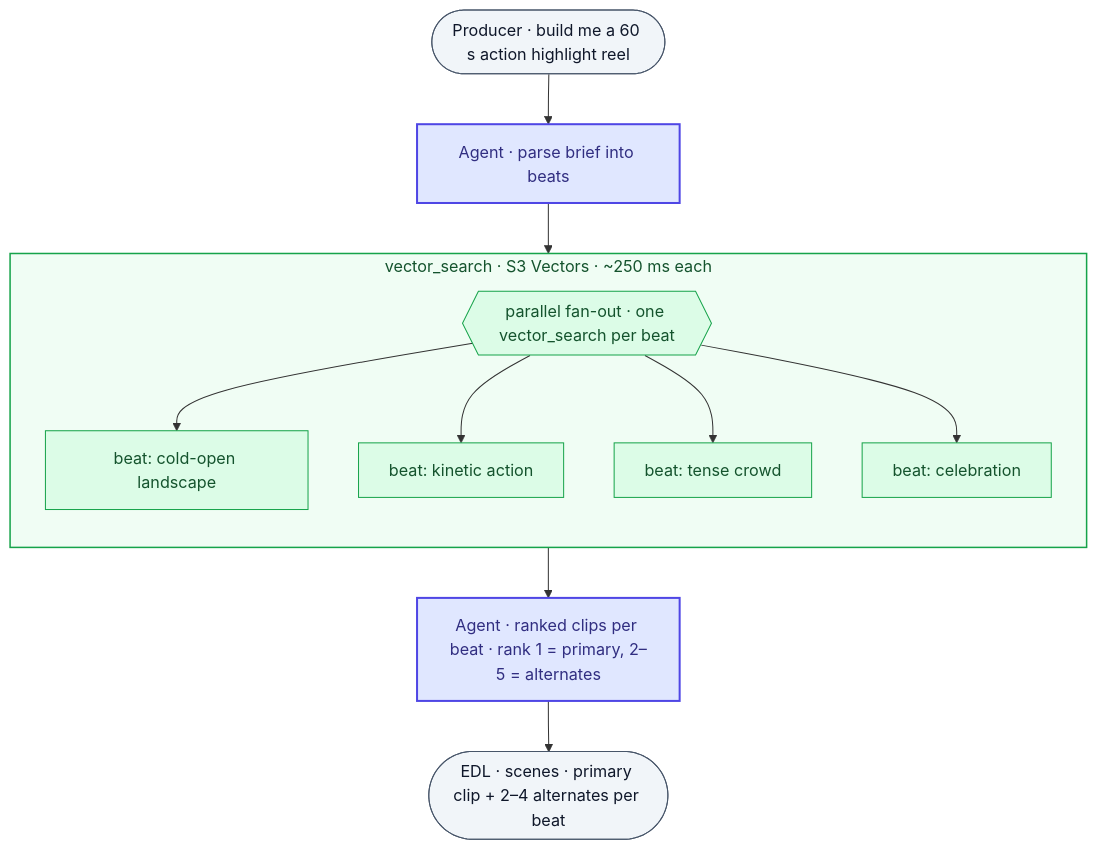
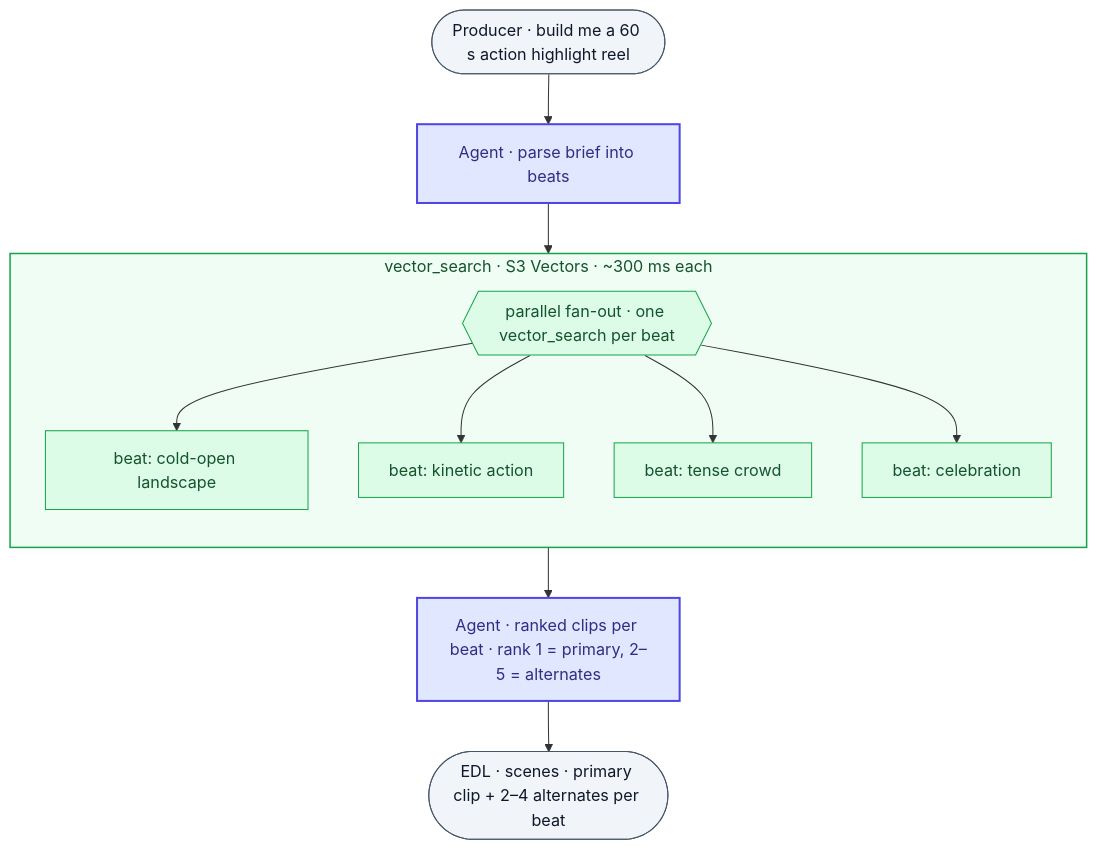
Before and after one commit to twelvelabs-io/tl-agentcore: the third of 7 diagrams in docs/whitepaper.md, drawn with Mermaid. The commit also changed other lines of this file and 221 other files, not shown here.

````diff
--- a/docs/whitepaper.md
+++ b/docs/whitepaper.md
@@ -119,27 +333,22 @@
 ```mermaid
 flowchart TD
     U(["Producer · build me a 60 s action highlight reel"]) --> A1[Agent · parse brief into beats]
-
     A1 --> VFan{{"parallel fan-out · one vector_search per beat"}}
-
-    subgraph VS["vector_search · S3 Vectors · ~250 ms each"]
+    subgraph VS["vector_search · S3 Vectors · ~300 ms each"]
       direction TB
       VFan --> V1["beat: cold-open landscape"]
       VFan --> V2["beat: kinetic action"]
       VFan --> V3["beat: tense crowd"]
       VFan --> V4["beat: celebration"]
     end
-
     VS --> A2[Agent · ranked clips per beat · rank 1 = primary, 2–5 = alternates]
     A2 --> O(["EDL · scenes · primary clip + 2–4 alternates per beat"])
 
     classDef retrieval fill:#dcfce7,stroke:#16a34a,color:#14532d
     classDef agent     fill:#e0e7ff,stroke:#4f46e5,stroke-width:2px,color:#312e81
     classDef io        fill:#f1f5f9,stroke:#475569,color:#0f172a
-
     class V1,V2,V3,V4,VFan retrieval
     class A1,A2 agent
     class U,O io
-
     style VS fill:#f0fdf4,stroke:#16a34a,stroke-width:1.5px,color:#14532d
 ```
````
